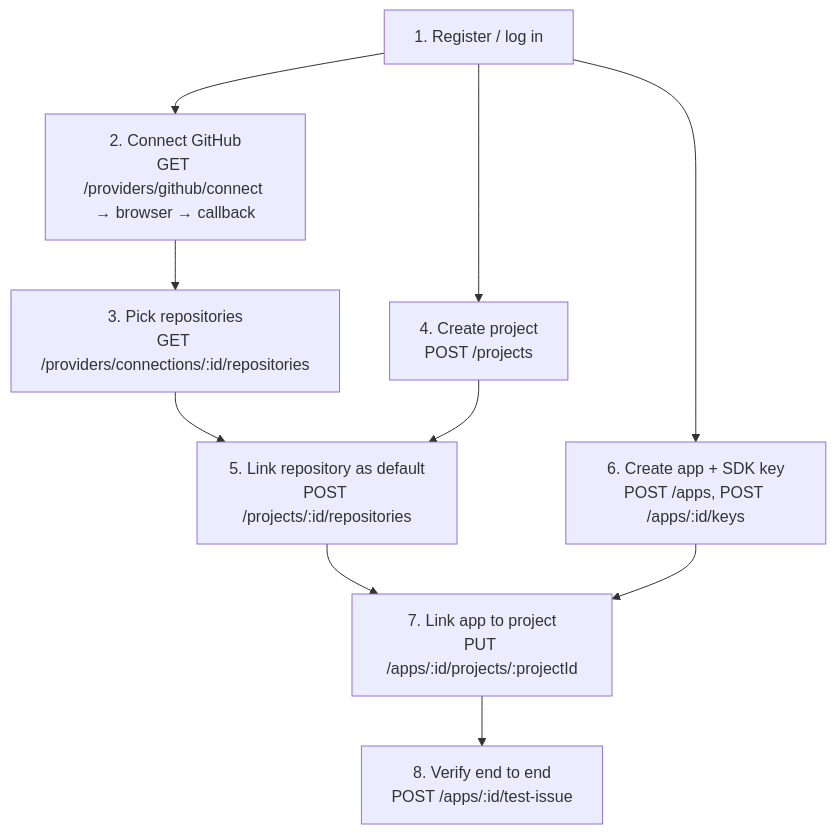
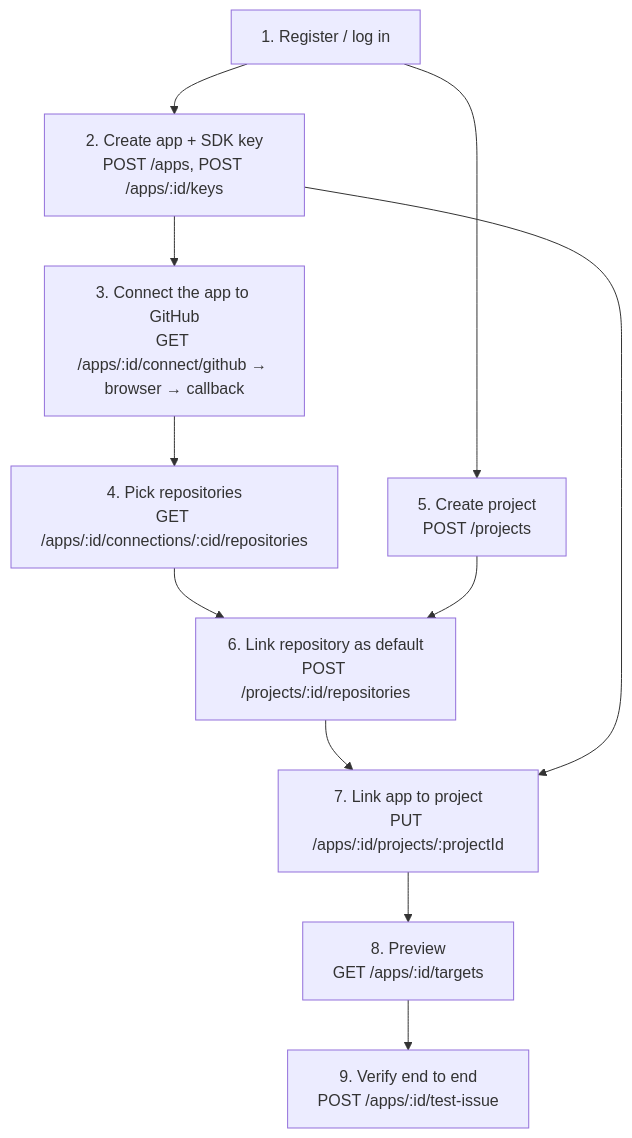
The second of 2 diagrams in backend/docs/usage-guide.md (MicroClub-USTHB/m-Seismo), drawn with Mermaid before and after one commit. The commit also changed other lines of this file and 12 other files, not shown here.

````diff
--- a/backend/docs/usage-guide.md
+++ b/backend/docs/usage-guide.md
@@ -85,10 +88,11 @@
 ```mermaid
 flowchart TD
-    A[1. Register / log in] --> B[2. Connect GitHub<br/>GET /providers/github/connect → browser → callback]
-    B --> C[3. Pick repositories<br/>GET /providers/connections/:id/repositories]
-    A --> D[4. Create project<br/>POST /projects]
-    C & D --> E[5. Link repository as default<br/>POST /projects/:id/repositories]
-    A --> F[6. Create app + SDK key<br/>POST /apps, POST /apps/:id/keys]
+    A[1. Register / log in] --> F[2. Create app + SDK key<br/>POST /apps, POST /apps/:id/keys]
+    F --> B[3. Connect the app to GitHub<br/>GET /apps/:id/connect/github → browser → callback]
+    B --> C[4. Pick repositories<br/>GET /apps/:id/connections/:cid/repositories]
+    A --> D[5. Create project<br/>POST /projects]
+    C & D --> E[6. Link repository as default<br/>POST /projects/:id/repositories]
     E & F --> G[7. Link app to project<br/>PUT /apps/:id/projects/:projectId]
-    G --> H[8. Verify end to end<br/>POST /apps/:id/test-issue]
+    G --> P[8. Preview<br/>GET /apps/:id/targets]
+    P --> H[9. Verify end to end<br/>POST /apps/:id/test-issue]
 ```
````
